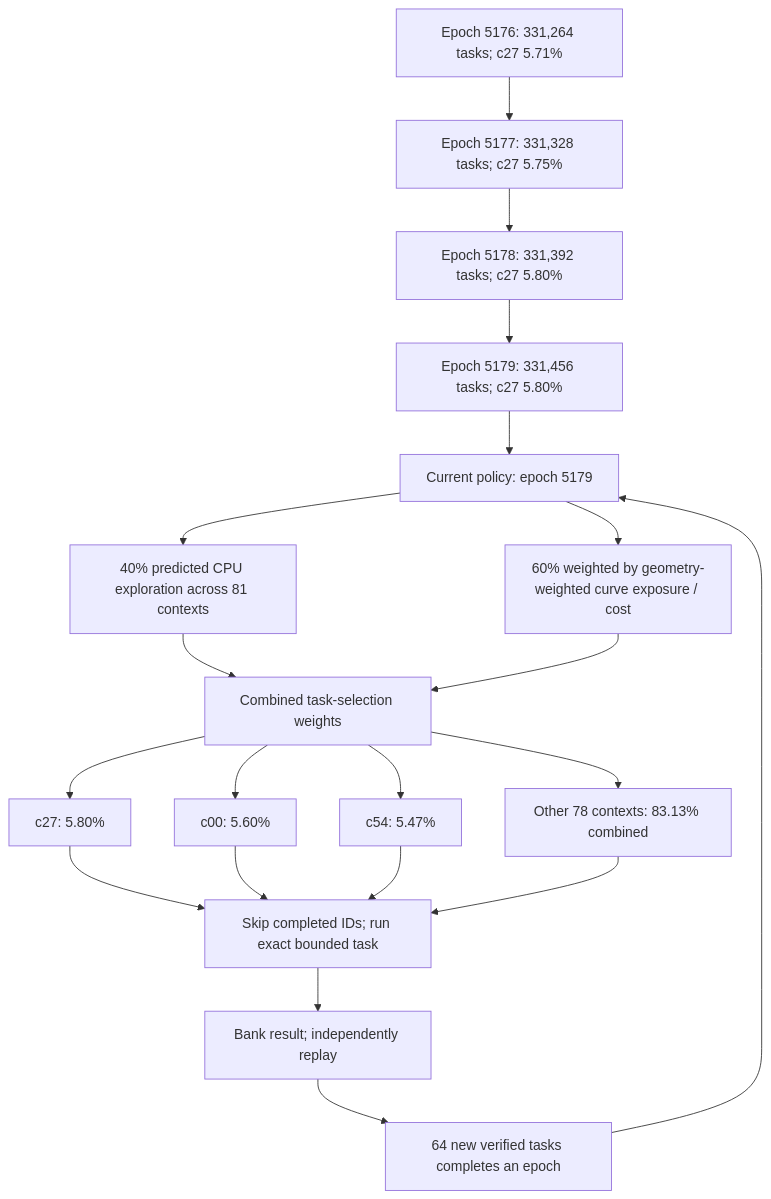
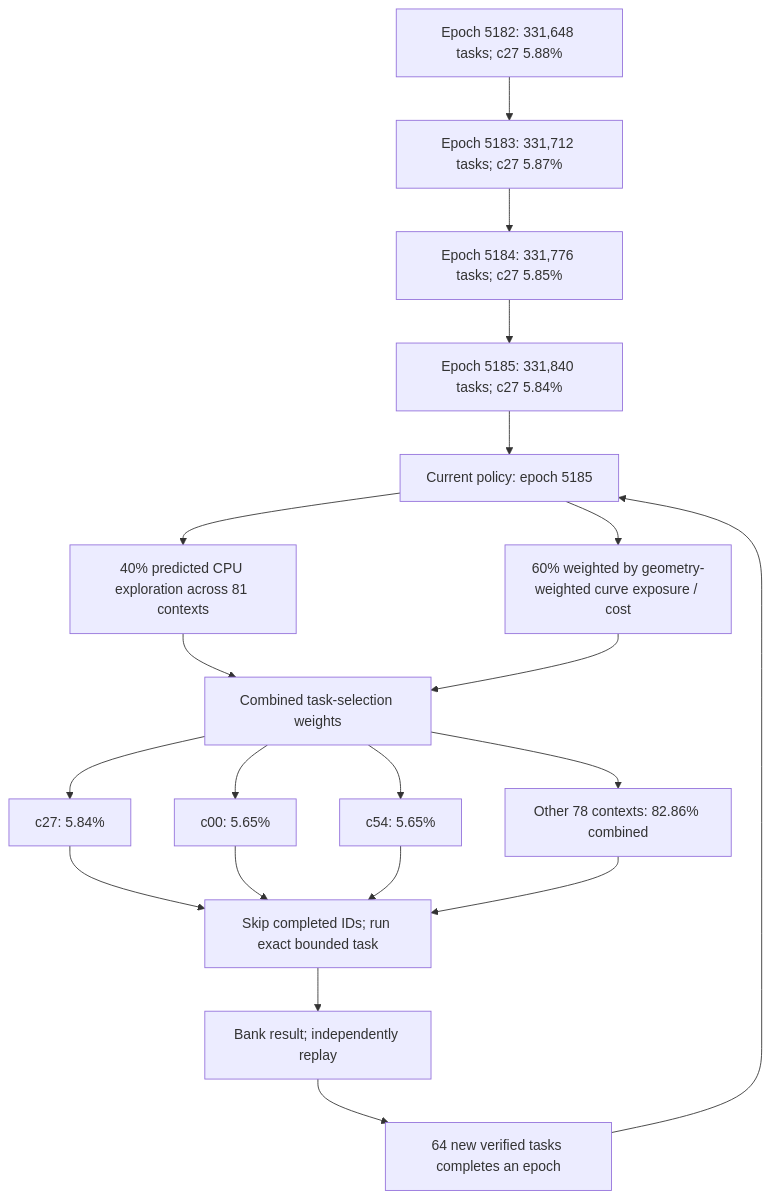
Before and after one commit to Kuberwastaken/math-gambling: the first of 3 diagrams in README.md, drawn with Mermaid. The commit also changed other lines of this file and 1421 other files, not shown here.

````diff
--- a/README.md
+++ b/README.md
@@ -60,27 +60,27 @@
 ```mermaid
 flowchart TD
-    H0["Epoch 5176: 331,264 tasks; c27 5.71%"]
-    H1["Epoch 5177: 331,328 tasks; c27 5.75%"]
+    H0["Epoch 5182: 331,648 tasks; c27 5.88%"]
+    H1["Epoch 5183: 331,712 tasks; c27 5.87%"]
     H0 --> H1
-    H2["Epoch 5178: 331,392 tasks; c27 5.80%"]
+    H2["Epoch 5184: 331,776 tasks; c27 5.85%"]
     H1 --> H2
-    H3["Epoch 5179: 331,456 tasks; c27 5.80%"]
+    H3["Epoch 5185: 331,840 tasks; c27 5.84%"]
     H2 --> H3
-    Policy["Current policy: epoch 5179"]
+    Policy["Current policy: epoch 5185"]
     H3 --> Policy
     Policy --> Explore["40% predicted CPU exploration across 81 contexts"]
     Policy --> Cost["60% weighted by geometry-weighted curve exposure / cost"]
     Explore --> Mix["Combined task-selection weights"]
     Cost --> Mix
-    Mix --> C0["c27: 5.80%"]
-    Mix --> C1["c00: 5.60%"]
-    Mix --> C2["c54: 5.47%"]
-    Mix --> Rest["Other 78 contexts: 83.13% combined"]
+    Mix --> C0["c27: 5.84%"]
+    Mix --> C1["c00: 5.65%"]
+    Mix --> C2["c54: 5.65%"]
+    Mix --> Rest["Other 78 contexts: 82.86% combined"]
     C0 --> Check["Skip completed IDs; run exact bounded task"]
     C1 --> Check
     C2 --> Check
     Rest --> Check
     Check --> Replay["Bank result; independently replay"]
     Replay --> Gate["64 new verified tasks completes an epoch"]
     Gate --> Policy
 ```
````
